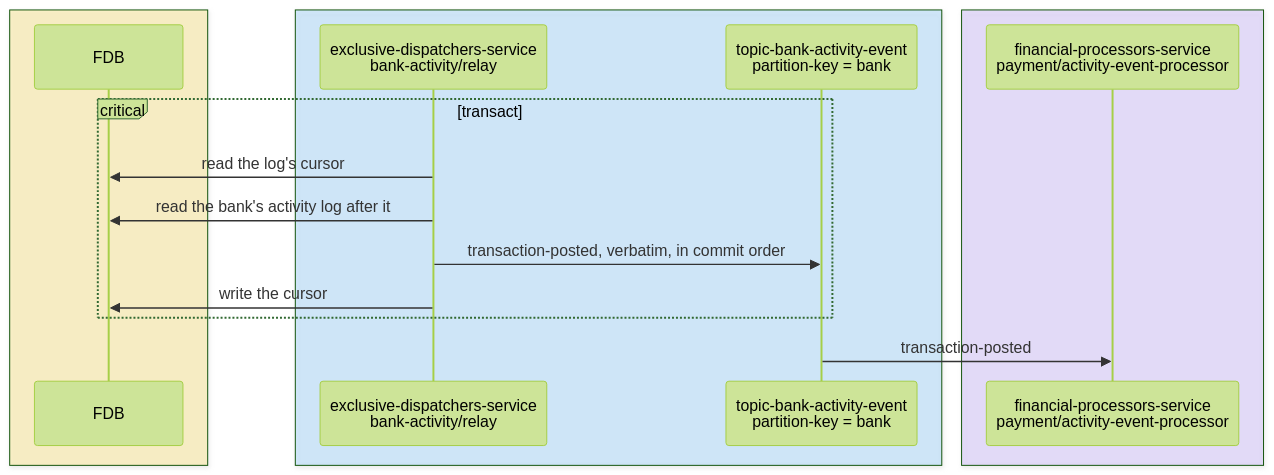
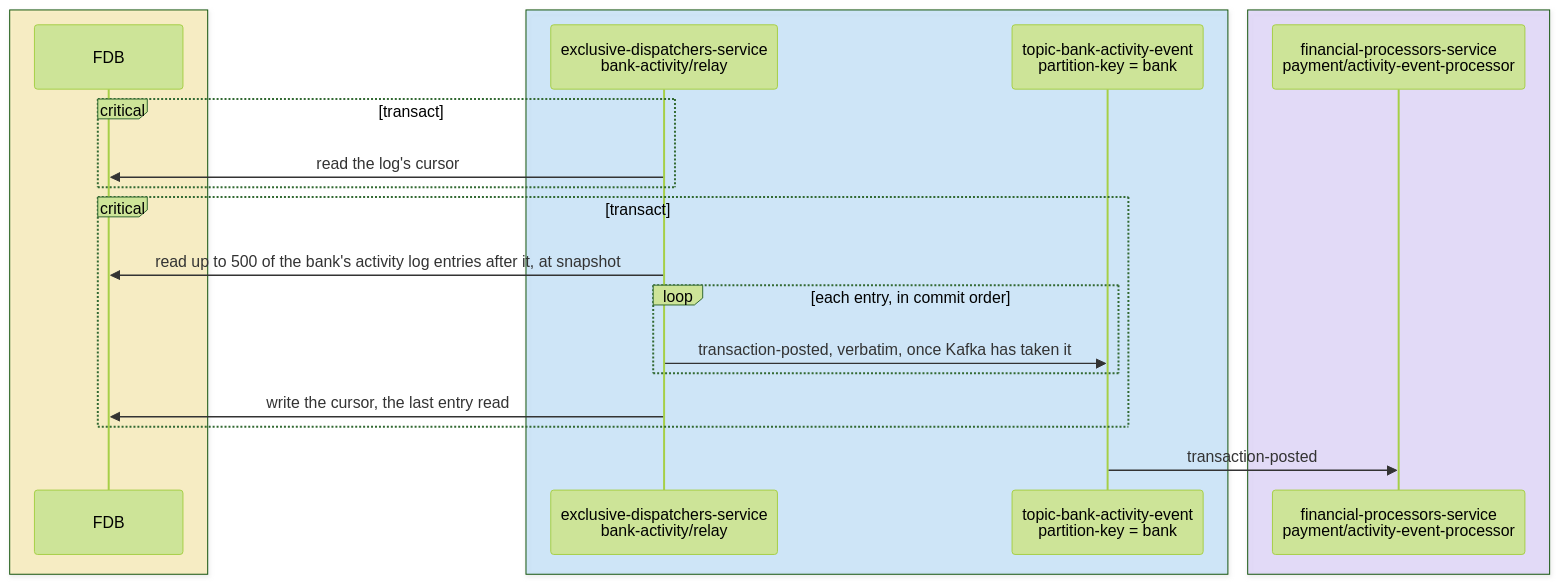
Before and after one commit to repldriven/queenswood: the fourth of 7 diagrams in docs/tdd/payments-internal.md, drawn with Mermaid (forest theme). The commit also changed other lines of this file, not shown here.

Commit message:
Draw the relay's pass as the batch it publishes

````diff
--- a/docs/tdd/payments-internal.md
+++ b/docs/tdd/payments-internal.md
@@ -224,20 +224,24 @@
 ```mermaid
 sequenceDiagram
     box rgba(255, 236, 153, 0.5)
     participant DB as FDB
     end
     box rgba(165, 216, 255, 0.45)
     participant AR as exclusive-dispatchers-service<br/>bank-activity/relay
     participant AE as topic-bank-activity-event<br/>partition-key = bank
     end
     box rgba(208, 191, 255, 0.45)
     participant AP as financial-processors-service<br/>payment/activity-event-processor
     end
     critical transact
     AR->>DB: read the log's cursor
-    AR->>DB: read the bank's activity log after it
-    AR->>AE: transaction-posted, verbatim, in commit order
-    AR->>DB: write the cursor
+    end
+    critical transact
+    AR->>DB: read up to 500 of the bank's activity log entries after it, at snapshot
+    loop each entry, in commit order
+    AR->>AE: transaction-posted, verbatim, once Kafka has taken it
+    end
+    AR->>DB: write the cursor, the last entry read
     end
     AE->>AP: transaction-posted
 ```
````
